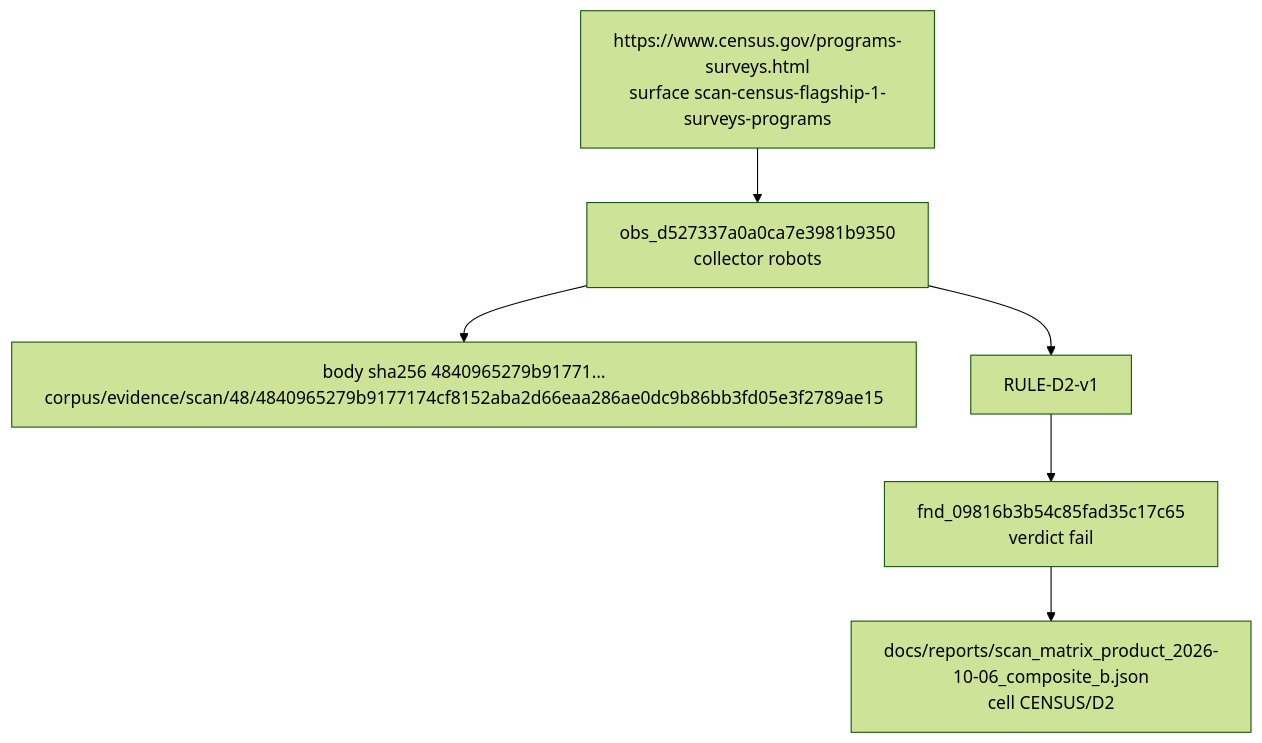
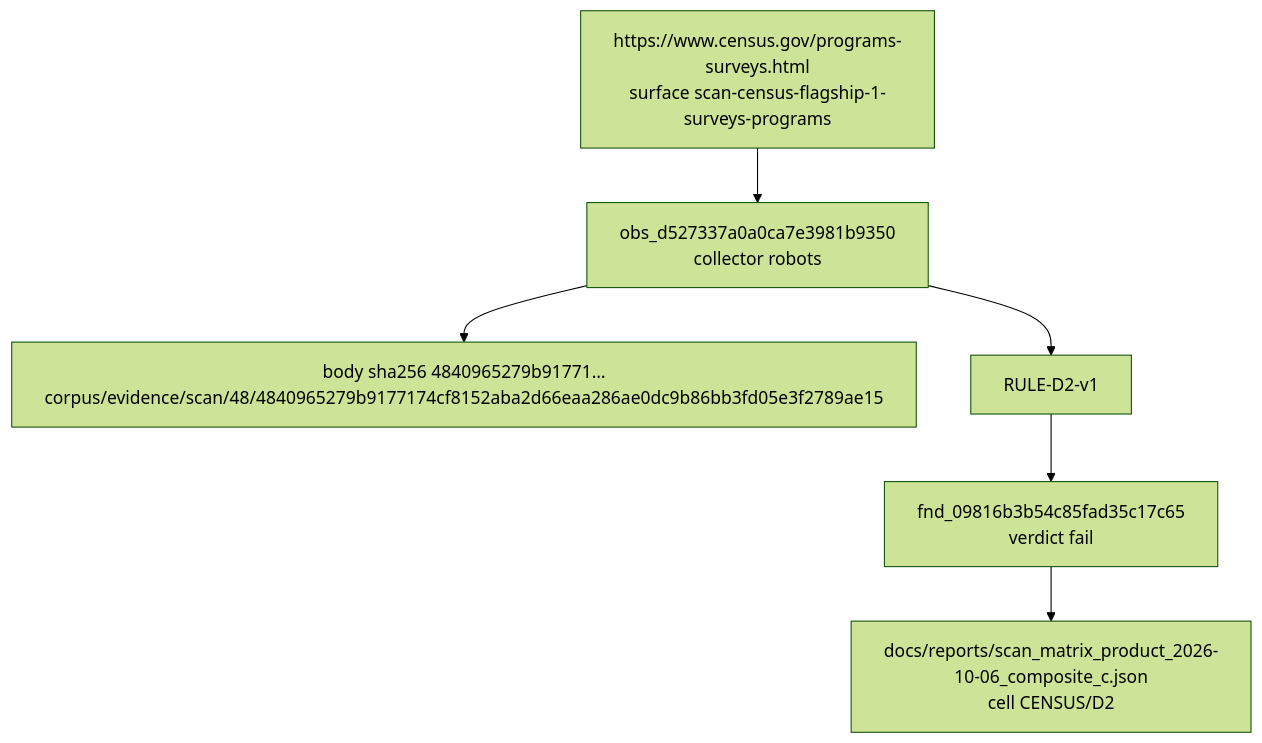
Before and after one commit to brockwebb/ai-readiness-kg: the third of 4 diagrams in docs/brief/E_architecture.md, drawn with Mermaid (forest theme). The commit also changed other lines of this file and 203 other files, not shown here.

````diff
--- a/docs/brief/E_architecture.md
+++ b/docs/brief/E_architecture.md
@@ -88,8 +88,8 @@
 ```mermaid
 flowchart TB
   u["https://www.census.gov/programs-surveys.html<br/>surface scan-census-flagship-1-surveys-programs"] --> o["obs_d527337a0a0ca7e3981b9350<br/>collector robots"]
   o --> b["body sha256 4840965279b91771…<br/>corpus/evidence/scan/48/4840965279b9177174cf8152aba2d66eaa286ae0dc9b86bb3fd05e3f2789ae15"]
   o --> r["RULE-D2-v1"]
   r --> f["fnd_09816b3b54c85fad35c17c65<br/>verdict fail"]
-  f --> m["docs/reports/scan_matrix_product_2026-10-06_composite_b.json<br/>cell CENSUS/D2"]
+  f --> m["docs/reports/scan_matrix_product_2026-10-06_composite_c.json<br/>cell CENSUS/D2"]
 ```
````
